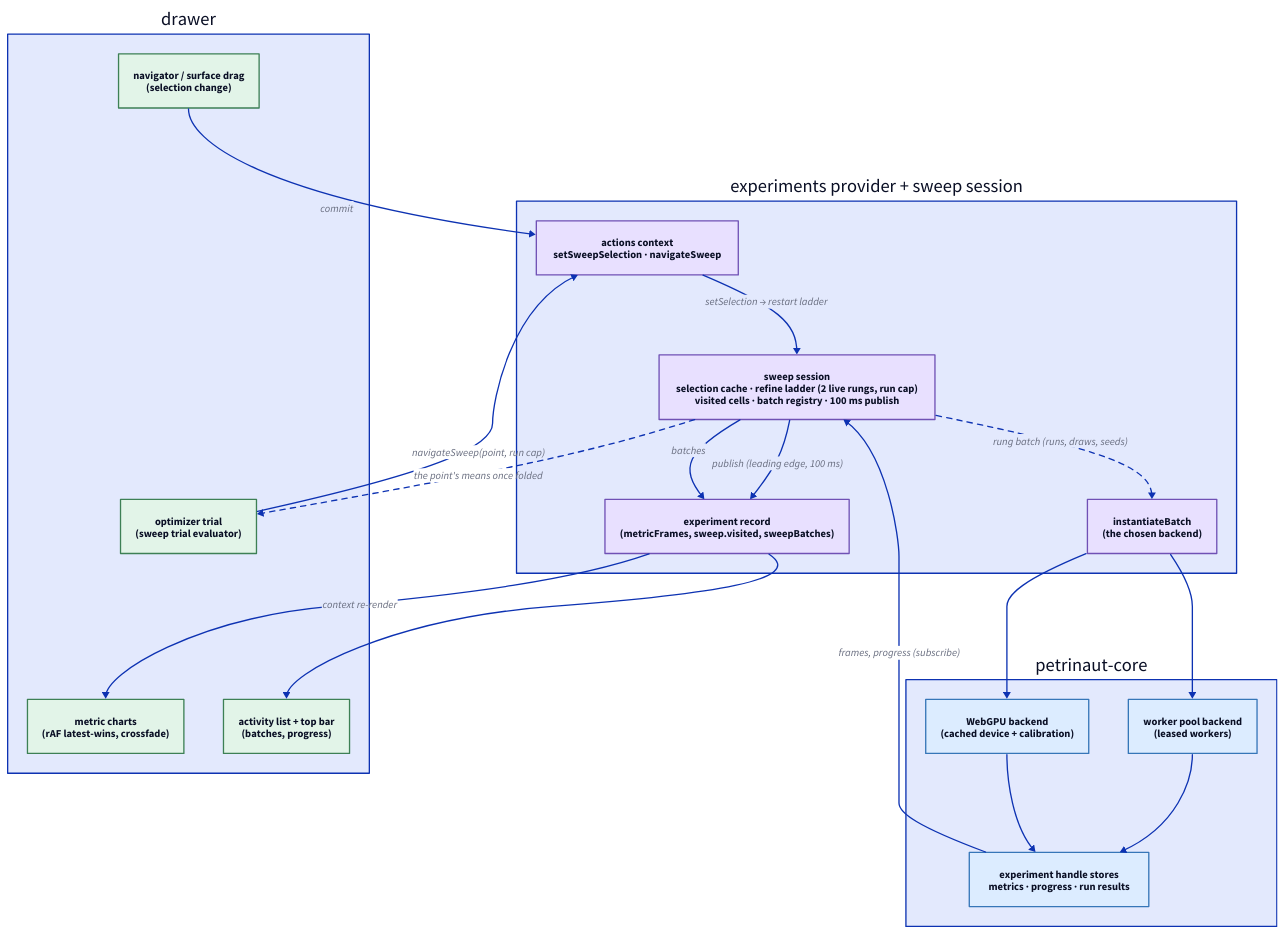
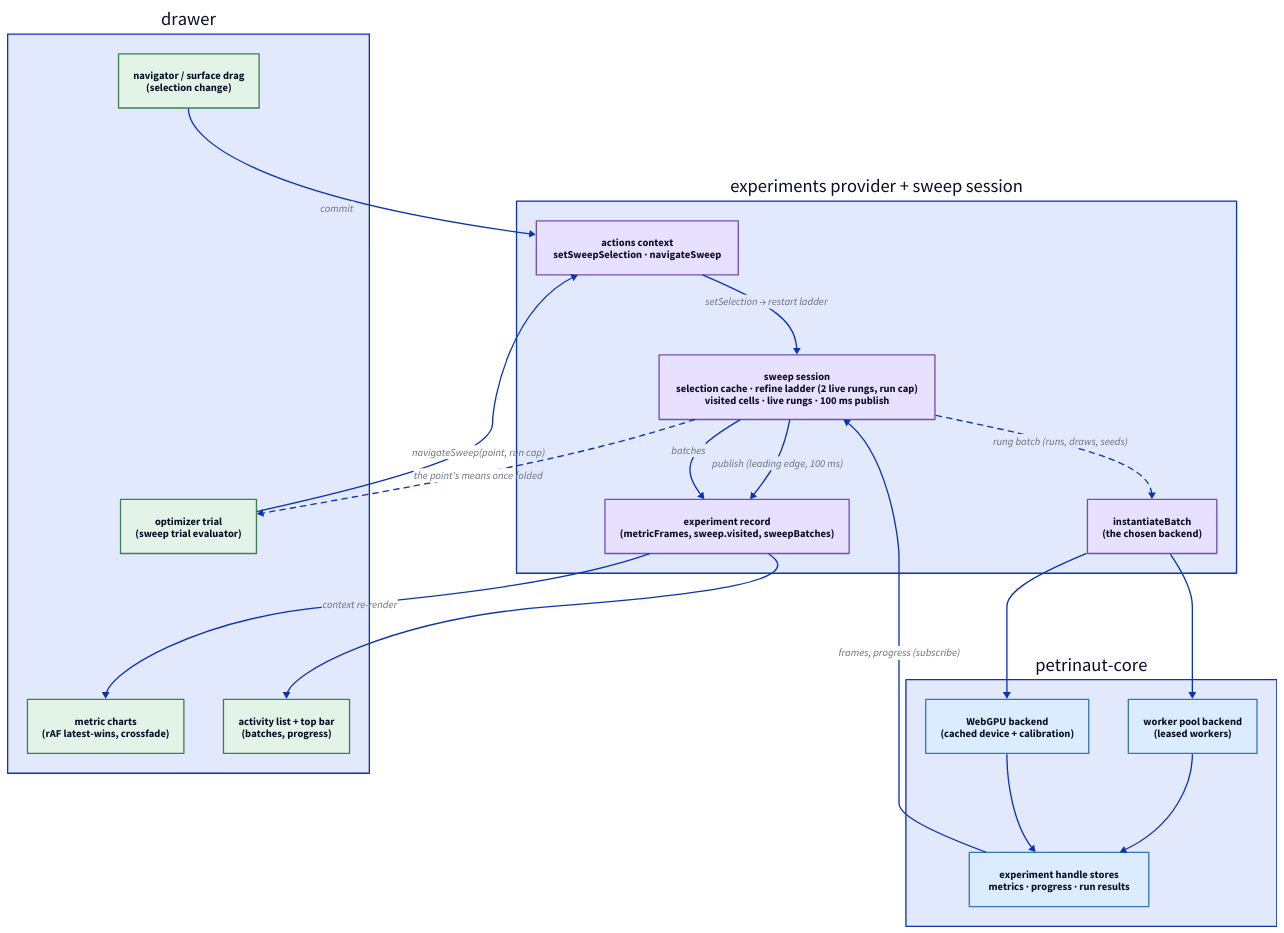
The diagram in libs/@local/petrinaut-arch-docs/content/diagrams/sweep-orchestration.d2 (hashintel/hash), drawn with D2 before and after one commit. The commit also changed 14 other files, not shown here.

Commit message:
Close the review gaps in the smooth-flow commits

```diff
--- a/libs/@local/petrinaut-arch-docs/content/diagrams/sweep-orchestration.d2
+++ b/libs/@local/petrinaut-arch-docs/content/diagrams/sweep-orchestration.d2
@@ -1,40 +1,40 @@
 # Hand-written; rendered by the arch-docs build. Palette matches src/emit/d2.ts.
 direction: down
 
 ui: "drawer" {
   direction: right
   navigator: "navigator / surface drag\n(selection change)" {style.fill: "#e2f4e8"; style.stroke: "#3d8055"}
   optimizer: "optimizer trial\n(sweep trial evaluator)" {style.fill: "#e2f4e8"; style.stroke: "#3d8055"}
   charts: "metric charts\n(rAF latest-wins, crossfade)" {style.fill: "#e2f4e8"; style.stroke: "#3d8055"}
   activity: "activity list + top bar\n(batches, progress)" {style.fill: "#e2f4e8"; style.stroke: "#3d8055"}
 }
 
 react: "experiments provider + sweep session" {
   direction: right
   actions: "actions context\nsetSweepSelection · navigateSweep" {style.fill: "#e8e0ff"; style.stroke: "#7051b5"}
-  session: "sweep session\nselection cache · refine ladder (2 live rungs, run cap)\nvisited cells · batch registry · 100 ms publish" {style.fill: "#e8e0ff"; style.stroke: "#7051b5"}
+  session: "sweep session\nselection cache · refine ladder (2 live rungs, run cap)\nvisited cells · live rungs · 100 ms publish" {style.fill: "#e8e0ff"; style.stroke: "#7051b5"}
   lanes: "instantiateBatch\n(the chosen backend)" {style.fill: "#e8e0ff"; style.stroke: "#7051b5"}
   record: "experiment record\n(metricFrames, sweep.visited, sweepBatches)" {style.fill: "#e8e0ff"; style.stroke: "#7051b5"}
 }
 
 core: "petrinaut-core" {
   direction: right
   pool: "worker pool backend\n(leased workers)" {style.fill: "#dcecff"; style.stroke: "#3676b8"}
   gpu: "WebGPU backend\n(cached device + calibration)" {style.fill: "#dcecff"; style.stroke: "#3676b8"}
   stores: "experiment handle stores\nmetrics · progress · run results" {style.fill: "#dcecff"; style.stroke: "#3676b8"}
   pool -> stores
   gpu -> stores
 }
 
 ui.navigator -> react.actions: "commit"
 react.actions -> react.session: "setSelection → restart ladder"
 react.session -> react.lanes: "rung batch (runs, draws, seeds)" {style.stroke-dash: 4}
 react.lanes -> core.pool
 react.lanes -> core.gpu
 core.stores -> react.session: "frames, progress (subscribe)"
 react.session -> react.record: "publish (leading edge, 100 ms)"
 react.record -> ui.charts: "context re-render"
 ui.optimizer -> react.actions: "navigateSweep(point, run cap)"
 react.session -> ui.optimizer: "the point's means once folded" {style.stroke-dash: 4}
 react.session -> react.record: "batches"
 react.record -> ui.activity
```
